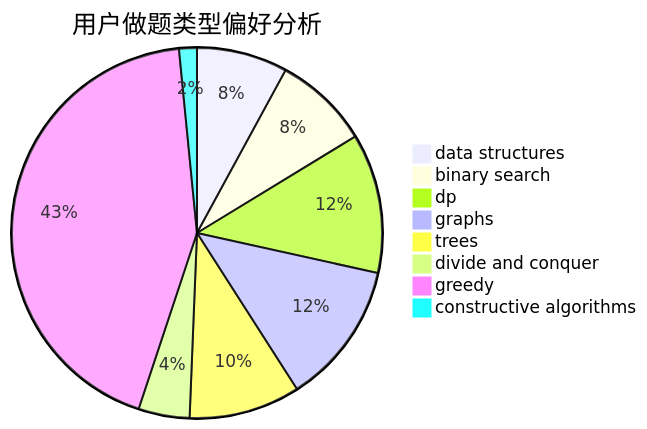
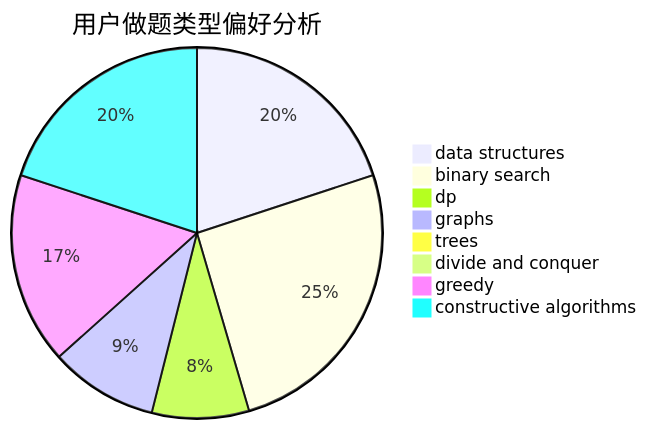
Before and after one commit to sherpahu/cfrs.github.io: the second of 3 diagrams in docs/user/u0.md, drawn with Mermaid. The commit also changed other lines of this file and 2770 other files, not shown here.

````diff
--- a/docs/user/u0.md
+++ b/docs/user/u0.md
@@ -23,11 +23,11 @@
 ```mermaid
 pie title 用户做题类型偏好分析
-    "data structures" :  112
-    "binary search" :  118
-    "dp" :  172
-    "graphs" :  176
-    "trees" :  137
-    "divide and conquer" :  63
-    "greedy" :  612
-    "constructive algorithms" :  22
+    "data structures" :  165
+    "binary search" :  211
+    "dp" :  70
+    "graphs" :  78
+    "trees" :  4
+    "divide and conquer" :  0
+    "greedy" :  138
+    "constructive algorithms" :  165
 ```
````
